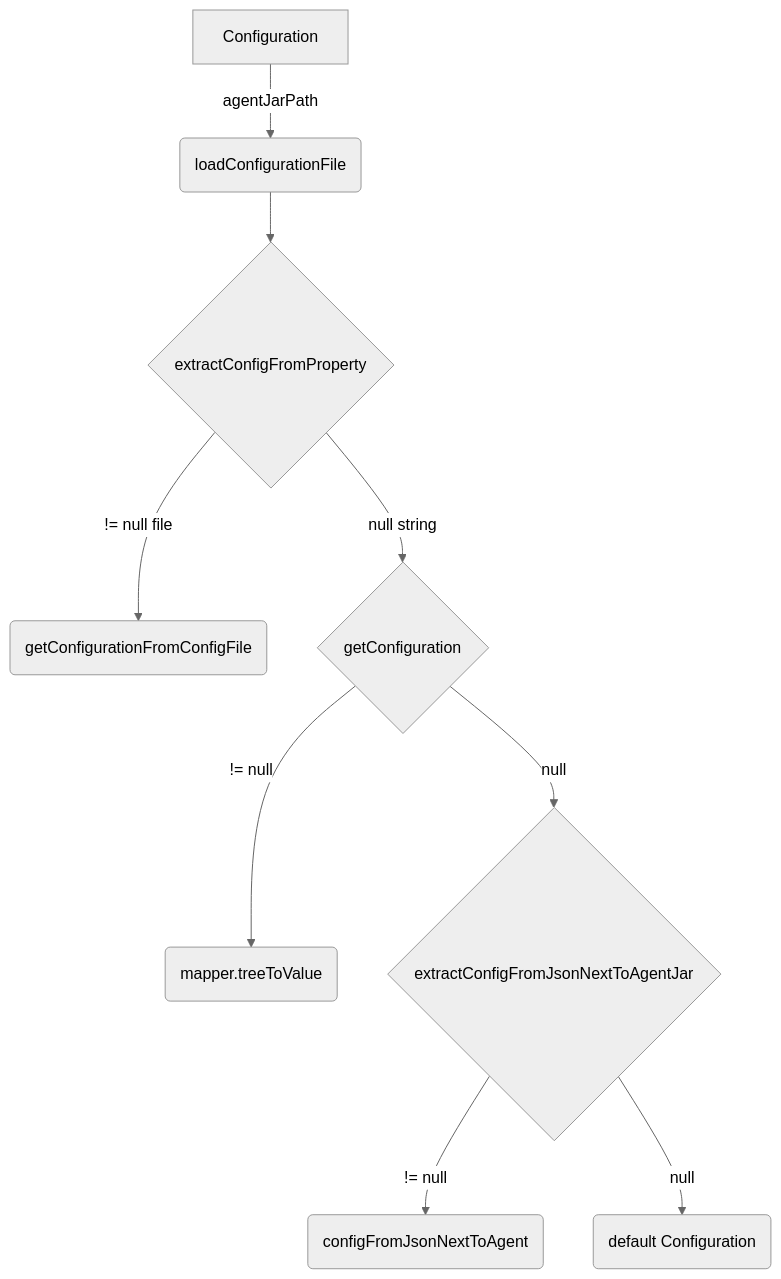
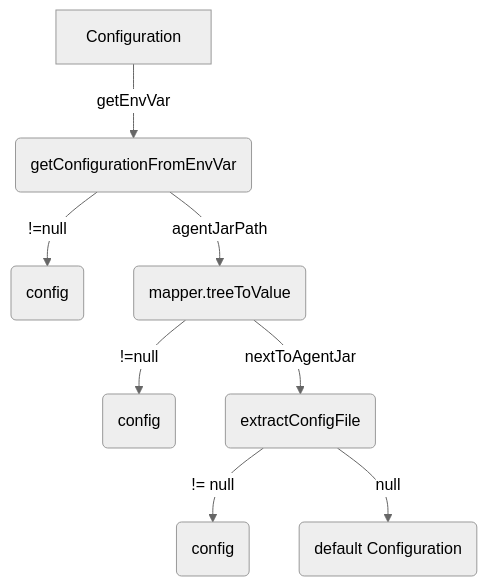
Before and after one commit to LQQ677/ApplicationInsights-Java: the diagram in MyDiagram/config.md, drawn with Mermaid (neutral theme). The commit also changed 2 other files, not shown here.

````diff
--- a/MyDiagram/config.md
+++ b/MyDiagram/config.md
@@ -1,12 +1,11 @@
 ```mermaid
 graph TD
-A[Configuration] -->|agentJarPath| B(loadConfigurationFile)
-B --> C{extractConfigFromProperty}
-C -->|!= null file|D(getConfigurationFromConfigFile)
-C -->|null string|E{getConfiguration}
-E -->|!= null|F(mapper.treeToValue)
-E -->|null|G{extractConfigFromJsonNextToAgentJar}
-G -->|!= null|H(configFromJsonNextToAgent)
+A[Configuration] -->|getEnvVar|B1(getConfigurationFromEnvVar)
+B1 -->|!=null|B2(config)
+B1 --> |agentJarPath|C(mapper.treeToValue)
+C --> |!=null|C1(config)
+C -->|nextToAgentJar|G(extractConfigFile)
+G -->|!= null|H(config)
 G -->|null|I(default Configuration)
 
 ```
````
